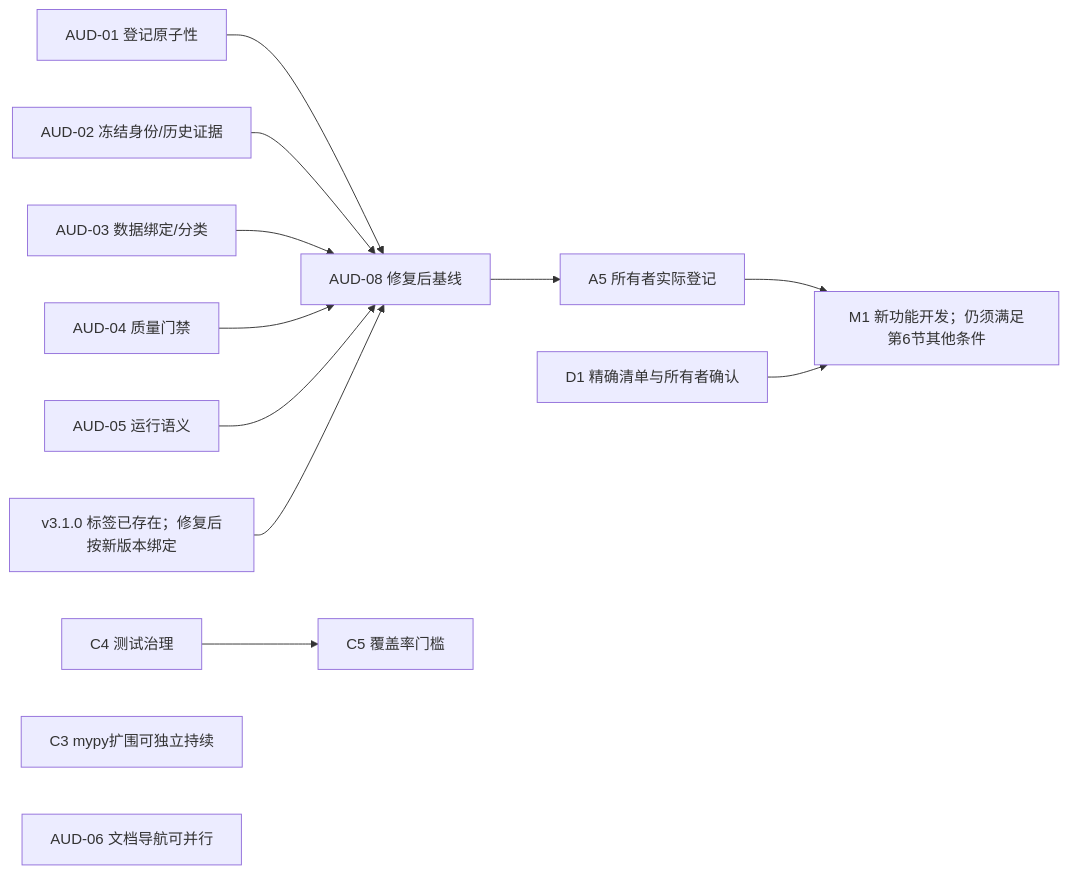
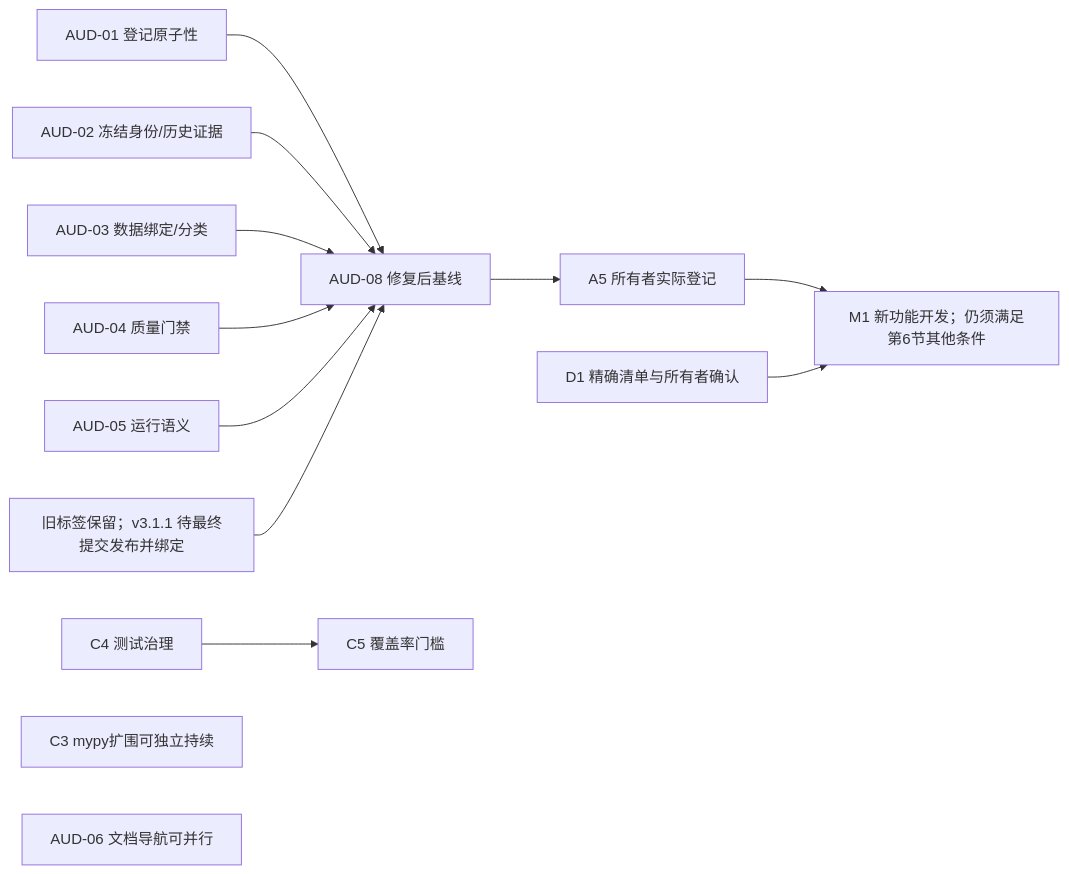
Before and after one commit to user-nmmmmm/QuantTradingV2: the diagram in docs/infrastructure_roadmap.md, drawn with Mermaid. The commit also changed other lines of this file and 18 other files, not shown here.

````diff
--- a/docs/infrastructure_roadmap.md
+++ b/docs/infrastructure_roadmap.md
@@ -153,15 +153,15 @@
 ```mermaid
 flowchart LR
   A1["AUD-01 登记原子性"] --> V["AUD-08 修复后基线"]
   A2["AUD-02 冻结身份/历史证据"] --> V
   A3["AUD-03 数据绑定/分类"] --> V
   A4["AUD-04 质量门禁"] --> V
   A5["AUD-05 运行语义"] --> V
-  TAG["v3.1.0 标签已存在；修复后按新版本绑定"] --> V
+  TAG["旧标签保留；v3.1.1 待最终提交发布并绑定"] --> V
   V --> REG["A5 所有者实际登记"]
   REG --> M1["M1 新功能开发；仍须满足第6节其他条件"]
   D1["D1 精确清单与所有者确认"] --> M1
   C4["C4 测试治理"] --> C5["C5 覆盖率门槛"]
   C3["C3 mypy扩围可独立持续"]
   DOC["AUD-06 文档导航可并行"]
 ```
````
